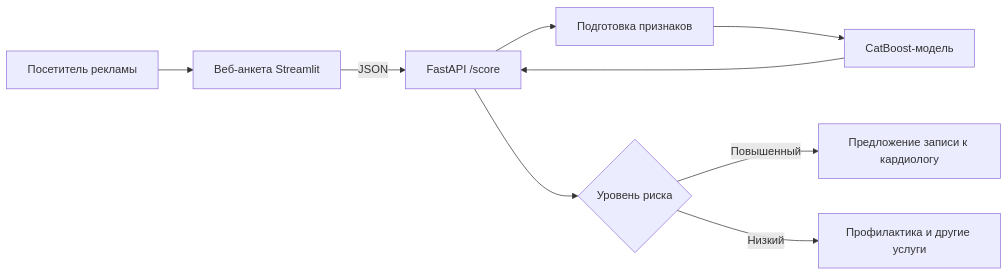
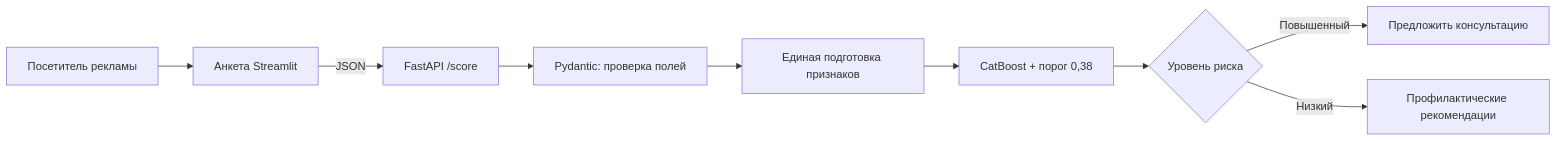
Before and after one commit to KolyaNG1/ML-Projects: the diagram in projects/heart-disease-risk-service/README.md, drawn with Mermaid. The commit also changed other lines of this file and 18 other files, not shown here.

````diff
--- a/projects/heart-disease-risk-service/README.md
+++ b/projects/heart-disease-risk-service/README.md
@@ -115,11 +292,11 @@
 ```mermaid
 flowchart LR
-    U[Посетитель рекламы] --> W[Веб-анкета Streamlit]
+    U[Посетитель рекламы] --> W[Анкета Streamlit]
     W -->|JSON| A[FastAPI /score]
-    A --> F[Подготовка признаков]
-    F --> M[CatBoost-модель]
-    M --> A
-    A --> R{Уровень риска}
-    R -->|Повышенный| C[Предложение записи к кардиологу]
-    R -->|Низкий| P[Профилактика и другие услуги]
+    A --> V[Pydantic: проверка полей]
+    V --> F[Единая подготовка признаков]
+    F --> M[CatBoost + порог 0,38]
+    M --> R{Уровень риска}
+    R -->|Повышенный| C[Предложить консультацию]
+    R -->|Низкий| P[Профилактические рекомендации]
 ```
````
